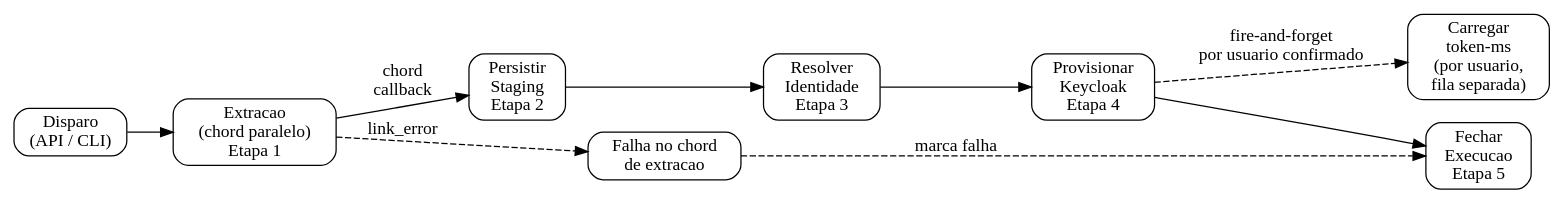
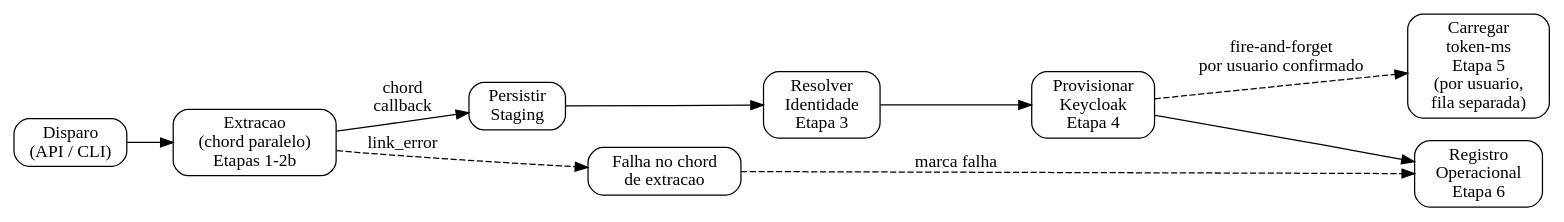
One commit to prefeiturasp/SME-Identidade-ETL changed the diagram in docs/pipeline/index.md. Above: the diagram before and after it, drawn with Graphviz. The commit also changed other lines of this file and 21 other files, not shown here.

````diff
--- a/docs/pipeline/index.md
+++ b/docs/pipeline/index.md
@@ -34,24 +34,24 @@
 ```{graphviz}
 digraph G {
     rankdir=LR;
     node [shape=box, style="rounded"];
 
     DISP [label="Disparo\n(API / CLI)"];
-    EXT  [label="Extracao\n(chord paralelo)\nEtapa 1"];
-    STG  [label="Persistir\nStaging\nEtapa 2"];
+    EXT  [label="Extracao\n(chord paralelo)\nEtapas 1-2b"];
+    STG  [label="Persistir\nStaging"];
     RES  [label="Resolver\nIdentidade\nEtapa 3"];
     KC   [label="Provisionar\nKeycloak\nEtapa 4"];
-    FIM  [label="Fechar\nExecucao\nEtapa 5"];
-    TMS  [label="Carregar\ntoken-ms\n(por usuario,\nfila separada)"];
+    FIM  [label="Registro\nOperacional\nEtapa 6"];
+    TMS  [label="Carregar\ntoken-ms\nEtapa 5\n(por usuario,\nfila separada)"];
     ERR  [label="Falha no chord\nde extracao"];
 
     DISP -> EXT;
     EXT  -> STG [label="chord\ncallback"];
     STG  -> RES;
     RES  -> KC;
     KC   -> FIM;
     KC   -> TMS [style=dashed, label="fire-and-forget\npor usuario confirmado"];
     EXT  -> ERR [style=dashed, label="link_error"];
     ERR  -> FIM [style=dashed, label="marca falha"];
 }
 ```
````
